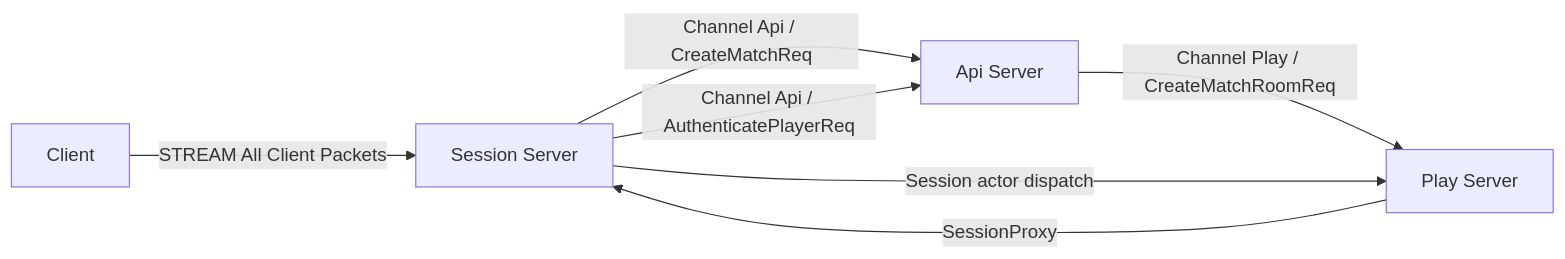
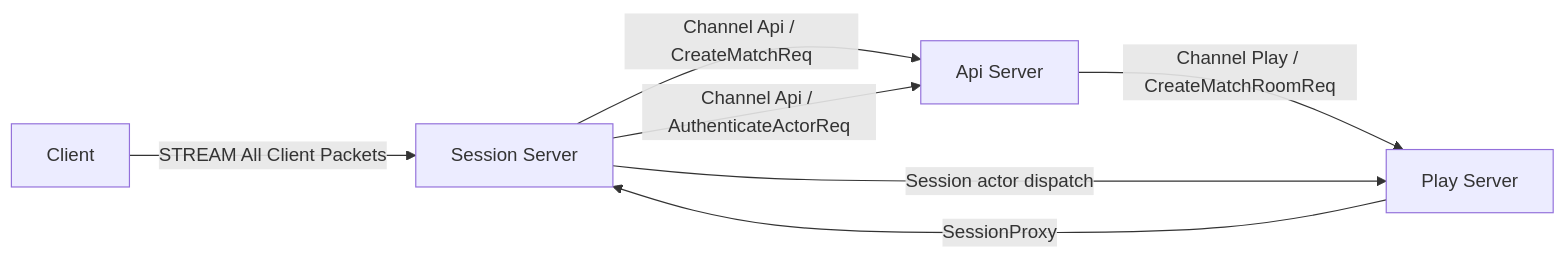
One commit to kairos-code-dev/zlink changed the first of 7 diagrams in framework/doc/spec/sample/tictactoe/session-gateway.ko.md. Above: the diagram before and after it, drawn with Mermaid. The commit also changed other lines of this file and 138 other files, not shown here.

````diff
--- a/framework/doc/spec/sample/tictactoe/session-gateway.ko.md
+++ b/framework/doc/spec/sample/tictactoe/session-gateway.ko.md
@@ -30,14 +30,14 @@
 ```mermaid
 flowchart LR
     C[Client]
     S[Session Server]
     P[Play Server]
     API[Api Server]
 
     C -->|STREAM All Client Packets| S
     S -->|Channel Api / CreateMatchReq| API
     API -->|Channel Play / CreateMatchRoomReq| P
-    S -->|Channel Api / AuthenticatePlayerReq| API
+    S -->|Channel Api / AuthenticateActorReq| API
     S -->|Session actor dispatch| P
     P -->|SessionProxy| S
 ```
````
